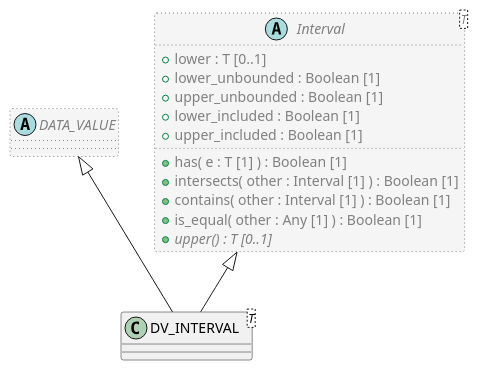
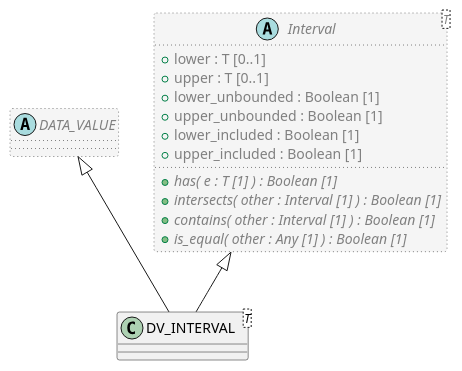
The diagram in code/Adoc/openehr_rm_1.2.0/plantUML/classes/org.openehr.rm.data_types.dv_interval.adoc (sebastian-iancu/code-generator), drawn with PlantUML before and after one commit. The commit also changed 719 other files, not shown here.

```diff
--- a/code/Adoc/openehr_rm_1.2.0/plantUML/classes/org.openehr.rm.data_types.dv_interval.adoc
+++ b/code/Adoc/openehr_rm_1.2.0/plantUML/classes/org.openehr.rm.data_types.dv_interval.adoc
@@ -1,30 +1,30 @@
 [plantuml,DV_INTERVAL,format=svg,svg-type="inline"]
 -----
 @startuml
 
 class DV_INTERVAL <T> {
 }
 
 abstract class DATA_VALUE  #whitesmoke;line:gray;line.dotted;text:gray {
 }
 
 DATA_VALUE <|-- DV_INTERVAL
 
 abstract class Interval <T>  #whitesmoke;line:gray;line.dotted;text:gray {
   + lower : T [0..1]
+  + upper : T [0..1]
   + lower_unbounded : Boolean [1]
   + upper_unbounded : Boolean [1]
   + lower_included : Boolean [1]
   + upper_included : Boolean [1]
-  + has( e : T [1] ) : Boolean [1]
-  + intersects( other : Interval [1] ) : Boolean [1]
-  + contains( other : Interval [1] ) : Boolean [1]
-  + is_equal( other : Any [1] ) : Boolean [1]
-  + {abstract} upper() : T [0..1]
+  + {abstract} has( e : T [1] ) : Boolean [1]
+  + {abstract} intersects( other : Interval [1] ) : Boolean [1]
+  + {abstract} contains( other : Interval [1] ) : Boolean [1]
+  + {abstract} is_equal( other : Any [1] ) : Boolean [1]
 }
 
 Interval <|-- DV_INTERVAL
 
 
 @enduml
 -----
```
